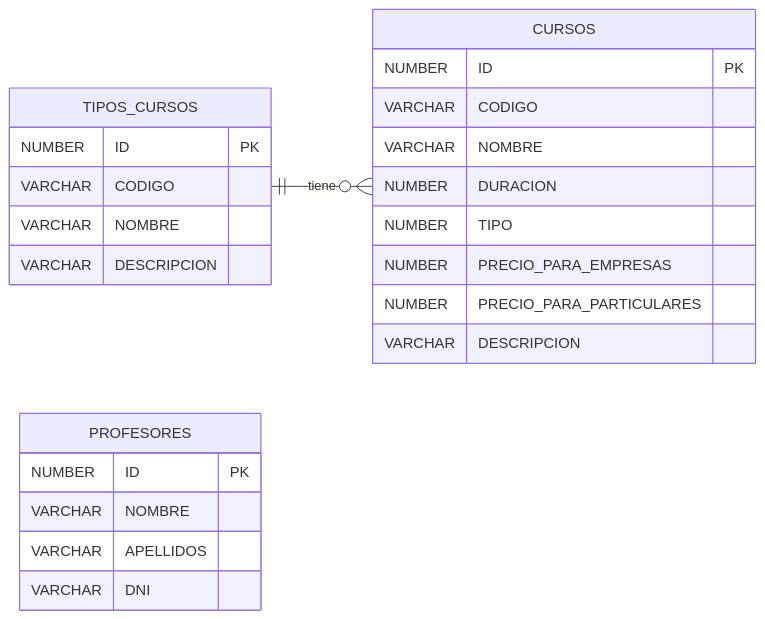
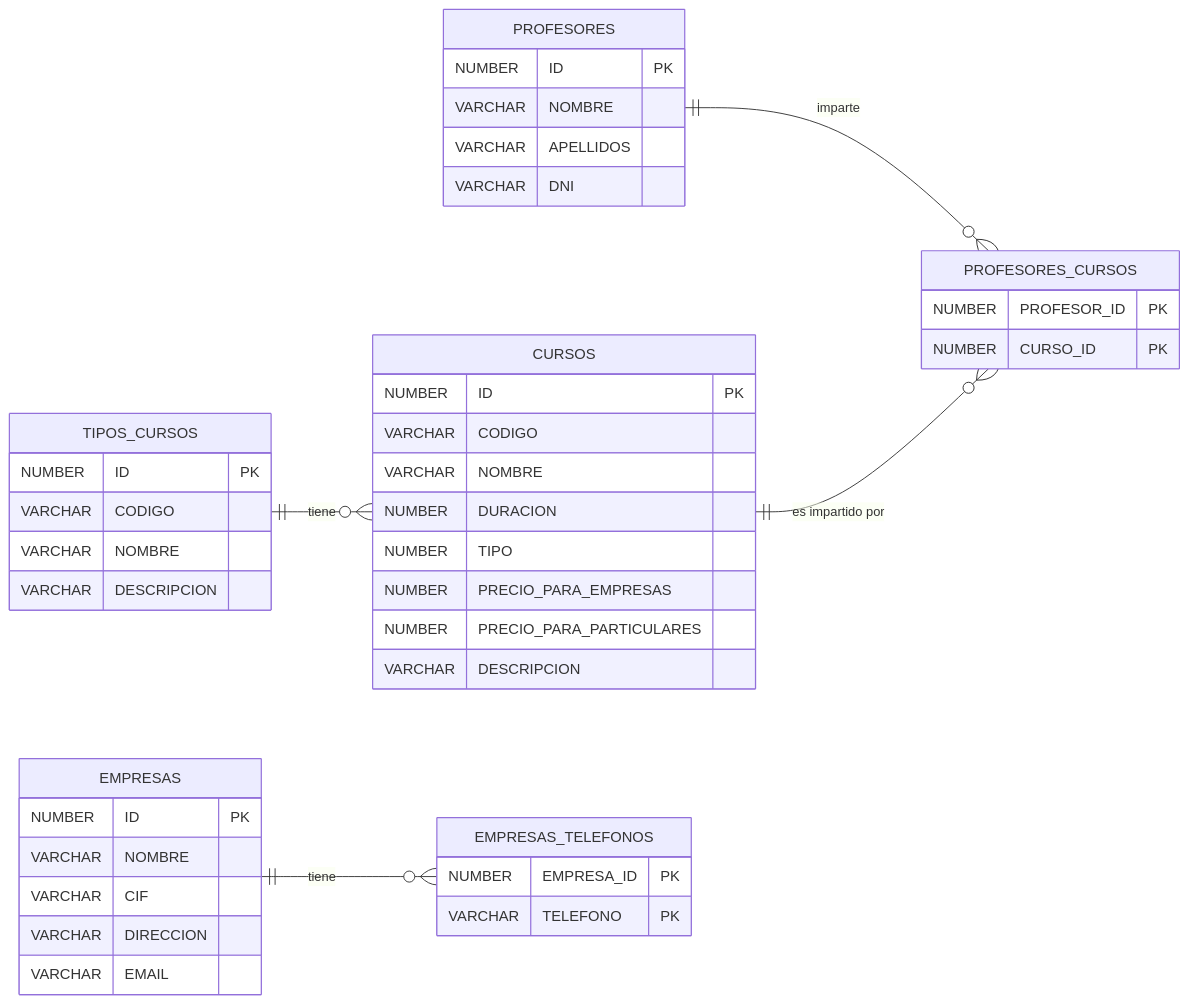
Before and after one commit to IvanciniGT/formacionPLSQL: the diagram in notas/dia2.md, drawn with Mermaid. The commit also changed 2 other files, not shown here.

Commit message:
formatos números dni

````diff
--- a/notas/dia2.md
+++ b/notas/dia2.md
@@ -69,31 +69,52 @@
 ```mermaid
 erDiagram
     Direction LR
 
     TIPOS_CURSOS {
         NUMBER ID PK
         VARCHAR CODIGO
         VARCHAR NOMBRE
         VARCHAR DESCRIPCION
     }
 
     CURSOS {
         NUMBER ID PK
         VARCHAR CODIGO
         VARCHAR NOMBRE
         NUMBER DURACION
         NUMBER TIPO
         NUMBER PRECIO_PARA_EMPRESAS
         NUMBER PRECIO_PARA_PARTICULARES
         VARCHAR DESCRIPCION
     }
 
     TIPOS_CURSOS ||--o{ CURSOS : "tiene"
 
     PROFESORES {
         NUMBER ID PK
         VARCHAR NOMBRE
         VARCHAR APELLIDOS
         VARCHAR DNI
     }
+
+    PROFESORES_CURSOS {
+        NUMBER PROFESOR_ID PK 
+        NUMBER CURSO_ID PK
+    }
+
+    PROFESORES ||--o{ PROFESORES_CURSOS : "imparte"
+    CURSOS ||--o{ PROFESORES_CURSOS : "es impartido por"
+
+    EMPRESAS {
+        NUMBER ID PK
+        VARCHAR NOMBRE
+        VARCHAR CIF
+        VARCHAR DIRECCION
+        VARCHAR EMAIL
+    }
+    EMPRESAS_TELEFONOS {
+        NUMBER EMPRESA_ID PK
+        VARCHAR TELEFONO PK
+    }
+    EMPRESAS ||--o{ EMPRESAS_TELEFONOS : "tiene"
 ```
````
